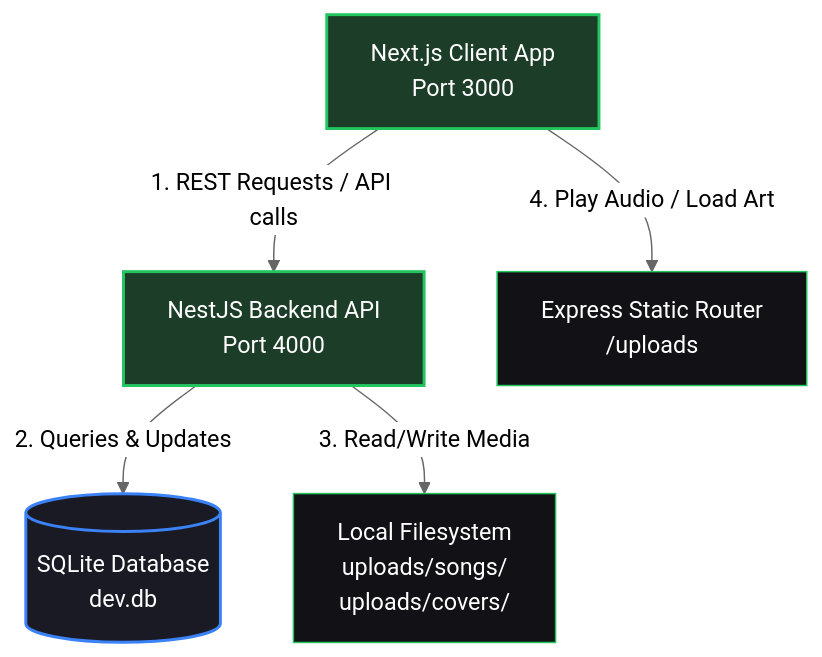
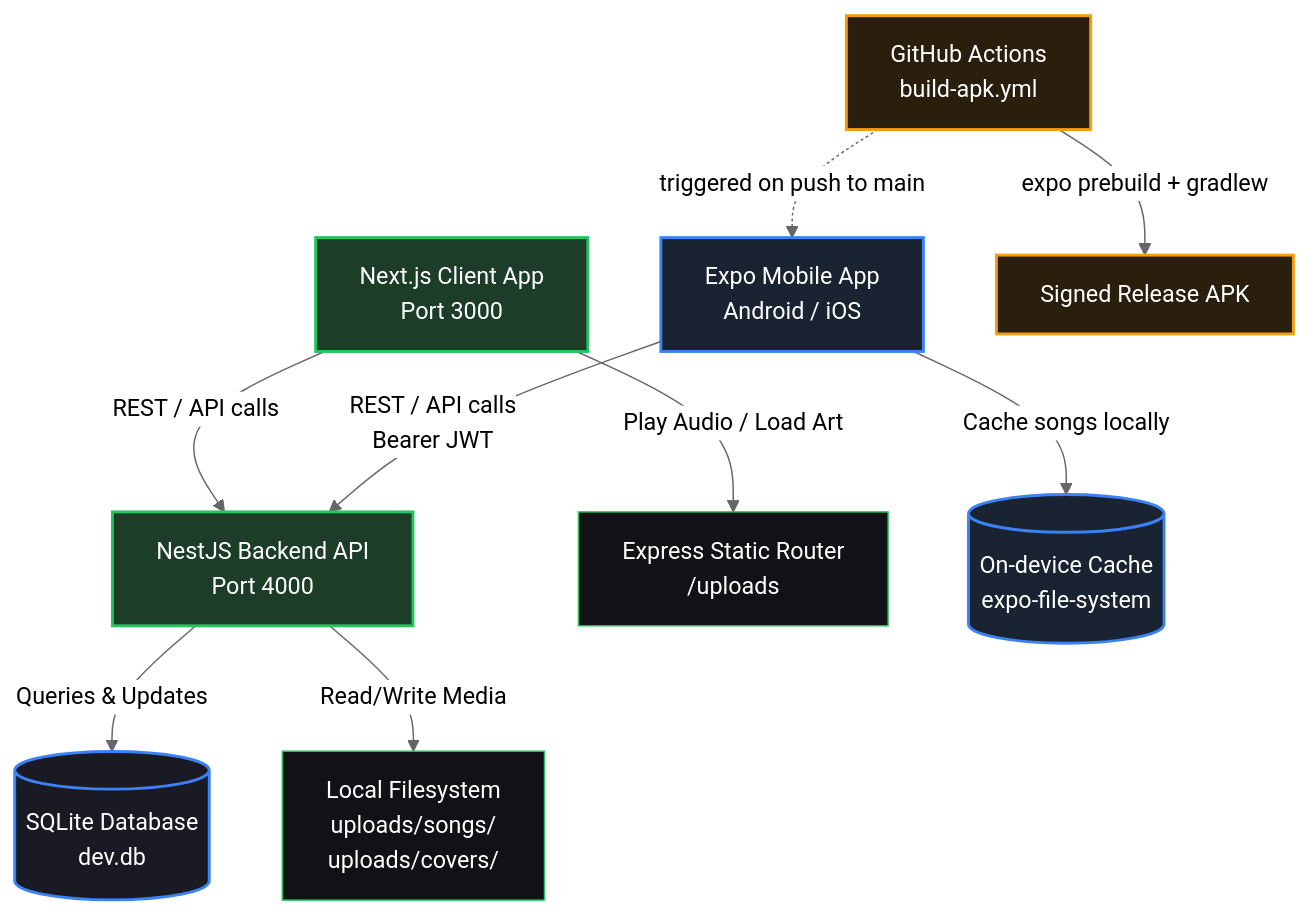
The first of 2 diagrams in README.md (mamurjondeveloper/music-player), drawn with Mermaid (neutral theme) before and after one commit. The commit also changed other lines of this file and 4 other files, not shown here.

First line of the commit message:
fix: migrate mobile audio engine from expo-av to expo-audio

````diff
--- a/README.md
+++ b/README.md
@@ -11,13 +28,21 @@
 ```mermaid
 graph TD
     %% Styling
     classDef default fill:#121216,stroke:#22c55e,stroke-width:1px,color:#fff;
     classDef primary fill:#1c3d27,stroke:#22c55e,stroke-width:2px,color:#fff;
     classDef database fill:#1a1a24,stroke:#3b82f6,stroke-width:2px,color:#fff;
+    classDef mobile fill:#1a2332,stroke:#3b82f6,stroke-width:2px,color:#fff;
+    classDef ci fill:#2a1f0d,stroke:#f59e0b,stroke-width:2px,color:#fff;
 
-    Client[Next.js Client App<br/>Port 3000]:::primary -->|1. REST Requests / API calls| API[NestJS Backend API<br/>Port 4000]:::primary
-    Client -->|4. Play Audio / Load Art| Static[Express Static Router<br/>/uploads]
-    
-    API -->|2. Queries & Updates| DB[(SQLite Database<br/>dev.db)]:::database
-    API -->|3. Read/Write Media| FS[Local Filesystem<br/>uploads/songs/<br/>uploads/covers/]
+    Client[Next.js Client App<br/>Port 3000]:::primary -->|REST / API calls| API[NestJS Backend API<br/>Port 4000]:::primary
+    Client -->|Play Audio / Load Art| Static[Express Static Router<br/>/uploads]
+
+    Mobile[Expo Mobile App<br/>Android / iOS]:::mobile -->|REST / API calls<br/>Bearer JWT| API
+    Mobile -->|Cache songs locally| Cache[(On-device Cache<br/>expo-file-system)]:::mobile
+
+    API -->|Queries & Updates| DB[(SQLite Database<br/>dev.db)]:::database
+    API -->|Read/Write Media| FS[Local Filesystem<br/>uploads/songs/<br/>uploads/covers/]
+
+    GHA[GitHub Actions<br/>build-apk.yml]:::ci -->|expo prebuild + gradlew| APK[Signed Release APK]:::ci
+    GHA -.->|triggered on push to main| Mobile
 ```
````
